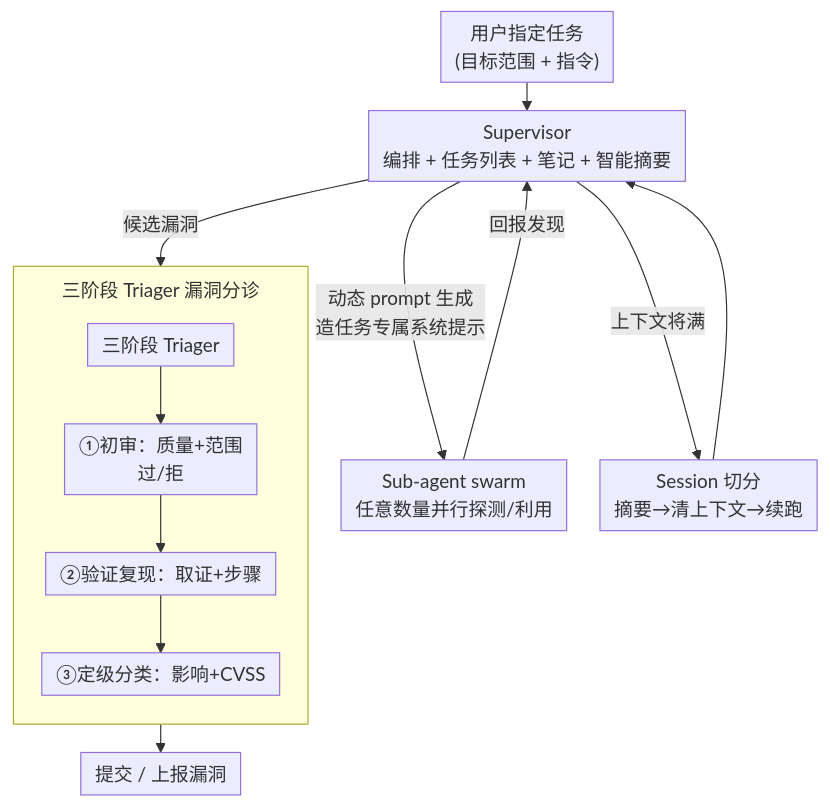
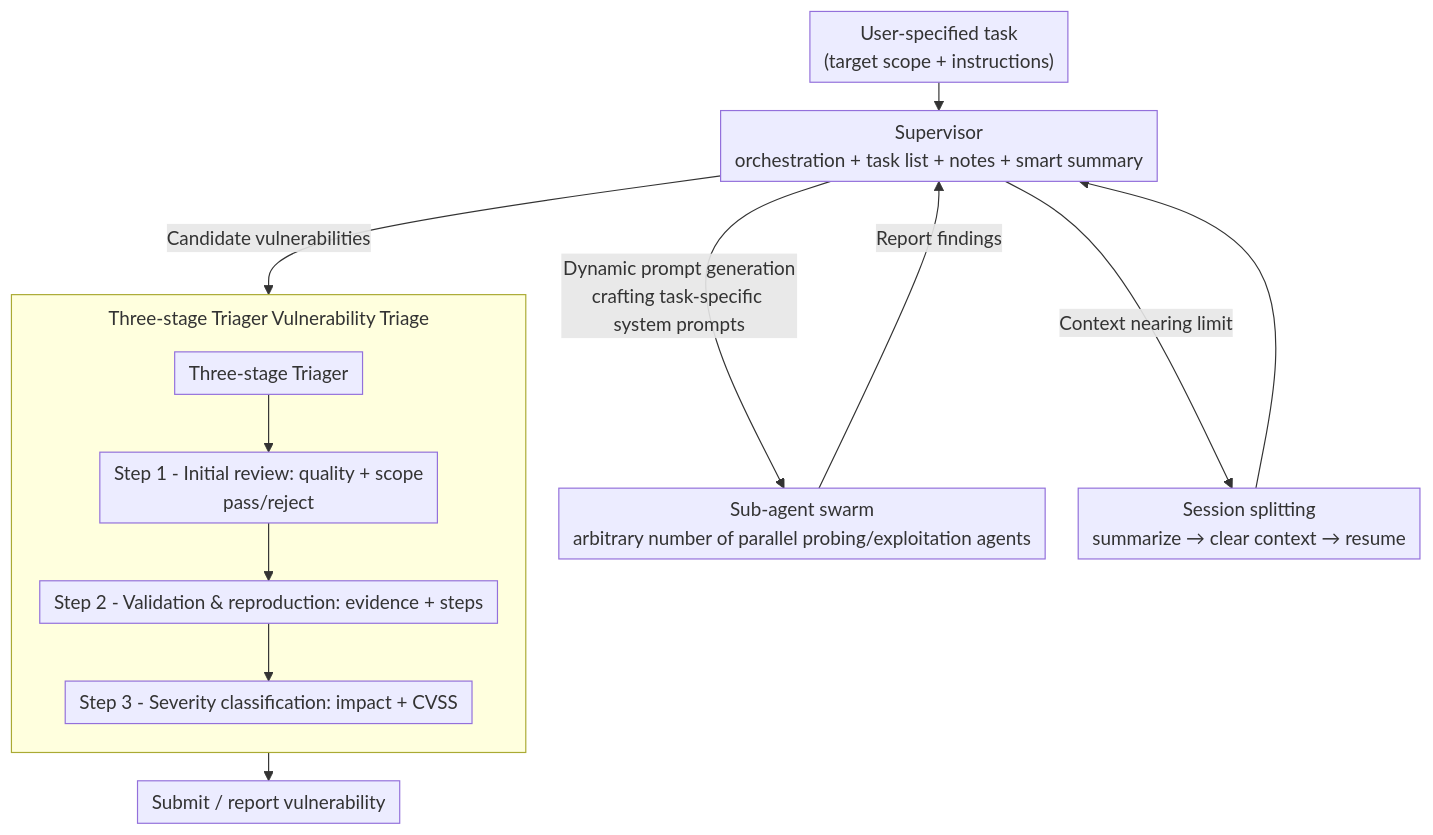
One commit to zhaoyang97/Paper-Notes-en changed the diagram in docs/ICLR2026/ai_safety/comparing_ai_agents_to_cybersecurity_professionals_in_real-world_penetration_tes.md. Above: the diagram before and after it, drawn with Mermaid. The commit also changed 644 other files, not shown here.

````diff
--- a/docs/ICLR2026/ai_safety/comparing_ai_agents_to_cybersecurity_professionals_in_real-world_penetration_tes.md
+++ b/docs/ICLR2026/ai_safety/comparing_ai_agents_to_cybersecurity_professionals_in_real-world_penetration_tes.md
@@ -51,17 +51,17 @@
 ```mermaid
 %%{init: {'flowchart': {'rankSpacing': 24, 'nodeSpacing': 28, 'padding': 6, 'wrappingWidth': 400, 'subGraphTitleMargin': {'top': 8, 'bottom': 16}}}}%%
 flowchart TD
-    A["用户指定任务<br/>(目标范围 + 指令)"] --> B["Supervisor<br/>编排 + 任务列表 + 笔记 + 智能摘要"]
-    B -->|动态 prompt 生成<br/>造任务专属系统提示| C["Sub-agent swarm<br/>任意数量并行探测/利用"]
-    C -->|回报发现| B
-    B -->|候选漏洞| D["三阶段 Triager"]
-    subgraph TRI["三阶段 Triager 漏洞分诊"]
+    A["User-specified task<br/>(target scope + instructions)"] --> B["Supervisor<br/>orchestration + task list + notes + smart summary"]
+    B -->|Dynamic prompt generation<br/>crafting task-specific system prompts| C["Sub-agent swarm<br/>arbitrary number of parallel probing/exploitation agents"]
+    C -->|Report findings| B
+    B -->|Candidate vulnerabilities| D["Three-stage Triager"]
+    subgraph TRI["Three-stage Triager Vulnerability Triage"]
         direction TB
-        D --> E["①初审：质量+范围<br/>过/拒"]
-        E --> F["②验证复现：取证+步骤"]
-        F --> G["③定级分类：影响+CVSS"]
+        D --> E["Step 1 - Initial review: quality + scope<br/>pass/reject"]
+        E --> F["Step 2 - Validation & reproduction: evidence + steps"]
+        F --> G["Step 3 - Severity classification: impact + CVSS"]
     end
-    G --> H["提交 / 上报漏洞"]
-    B -->|上下文将满| I["Session 切分<br/>摘要→清上下文→续跑"]
+    G --> H["Submit / report vulnerability"]
+    B -->|Context nearing limit| I["Session splitting<br/>summarize → clear context → resume"]
     I --> B
 ```
````
